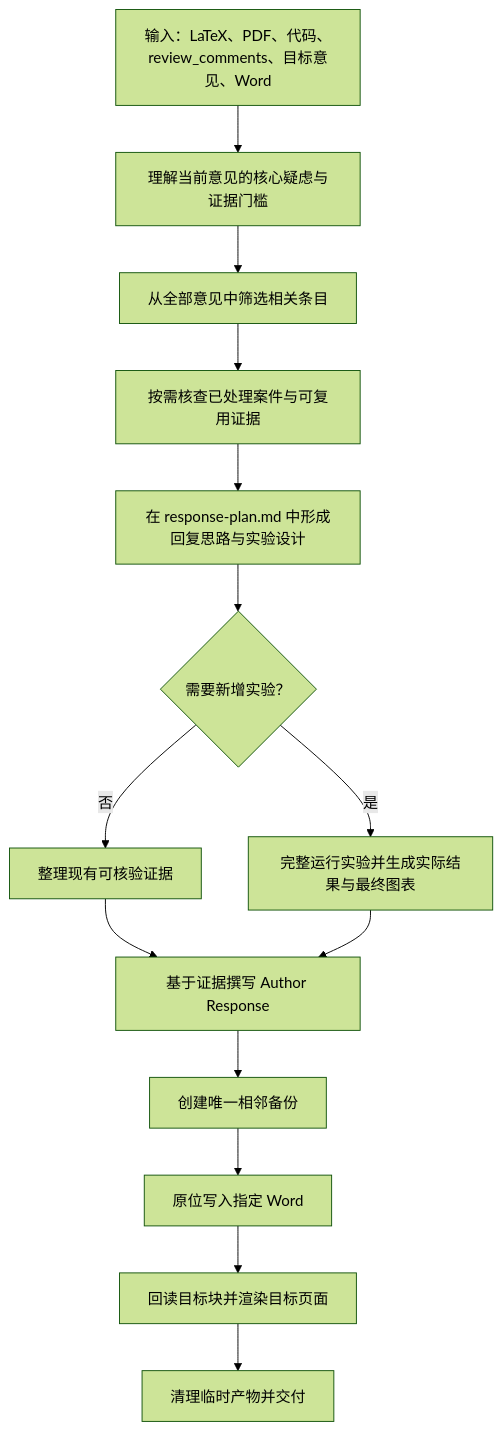
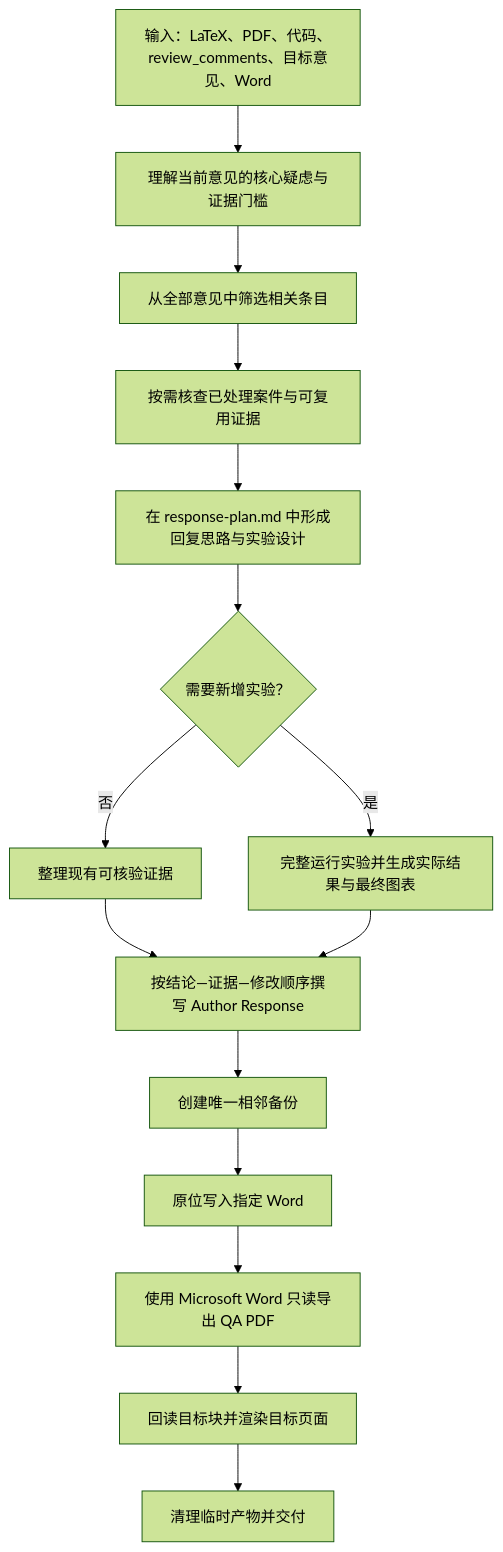
One commit to whiteMo0623/ieee-transactions-review-response-engineer changed the diagram in README.md. Above: the diagram before and after it, drawn with Mermaid (forest theme). The commit also changed other lines of this file and 5 other files, not shown here.

Commit message:
Refine Author Response writing workflow

````diff
--- a/README.md
+++ b/README.md
@@ -42,16 +43,17 @@
 ```mermaid
 flowchart TD
     A["输入：LaTeX、PDF、代码、review_comments、目标意见、Word"] --> B["理解当前意见的核心疑虑与证据门槛"]
     B --> C["从全部意见中筛选相关条目"]
     C --> D["按需核查已处理案件与可复用证据"]
     D --> E["在 response-plan.md 中形成回复思路与实验设计"]
     E --> F{"需要新增实验？"}
     F -- "否" --> G["整理现有可核验证据"]
     F -- "是" --> H["完整运行实验并生成实际结果与最终图表"]
-    G --> I["基于证据撰写 Author Response"]
+    G --> I["按结论—证据—修改顺序撰写 Author Response"]
     H --> I
     I --> J["创建唯一相邻备份"]
     J --> K["原位写入指定 Word"]
-    K --> L["回读目标块并渲染目标页面"]
-    L --> M["清理临时产物并交付"]
+    K --> L["使用 Microsoft Word 只读导出 QA PDF"]
+    L --> N["回读目标块并渲染目标页面"]
+    N --> M["清理临时产物并交付"]
 ```
````
